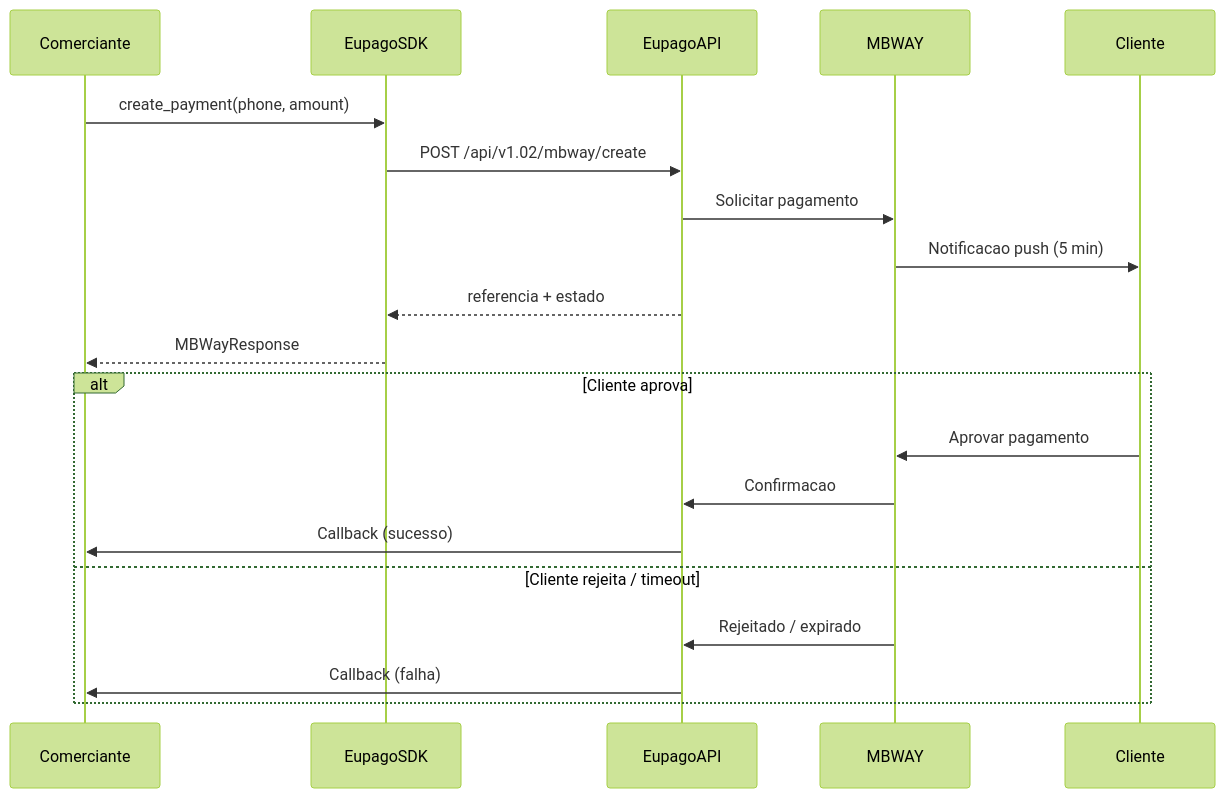
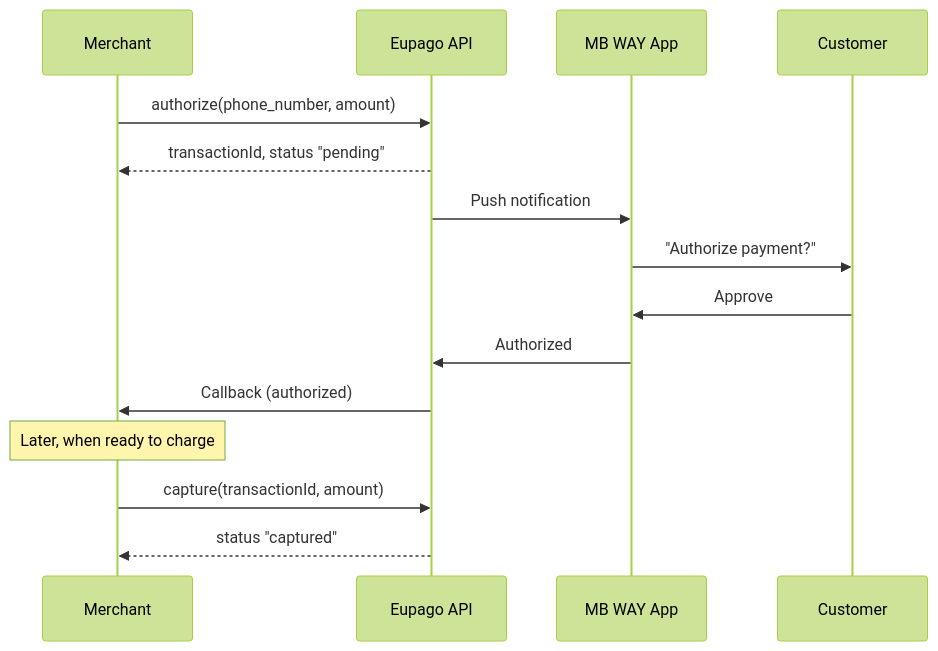
Before and after one commit to bilouro/eupago-python: the second of 2 diagrams in docs/payments/mbway.md, drawn with Mermaid (forest theme). The commit also changed other lines of this file and 50 other files, not shown here.

````diff
--- a/docs/payments/mbway.md
+++ b/docs/payments/mbway.md
@@ -13,24 +36,18 @@
 ```mermaid
 sequenceDiagram
-    participant Comerciante
-    participant EupagoSDK
-    participant EupagoAPI
-    participant MBWAY
-    participant Cliente
+    participant Merchant
+    participant EupagoAPI as Eupago API
+    participant MBWAYApp as MB WAY App
+    participant Customer
 
-    Comerciante->>EupagoSDK: create_payment(phone, amount)
-    EupagoSDK->>EupagoAPI: POST /api/v1.02/mbway/create
-    EupagoAPI->>MBWAY: Solicitar pagamento
-    MBWAY->>Cliente: Notificacao push (5 min)
-    EupagoAPI-->>EupagoSDK: referencia + estado
-    EupagoSDK-->>Comerciante: MBWayResponse
-
-    alt Cliente aprova
-        Cliente->>MBWAY: Aprovar pagamento
-        MBWAY->>EupagoAPI: Confirmacao
-        EupagoAPI->>Comerciante: Callback (sucesso)
-    else Cliente rejeita / timeout
-        MBWAY->>EupagoAPI: Rejeitado / expirado
-        EupagoAPI->>Comerciante: Callback (falha)
-    end
+    Merchant->>EupagoAPI: authorize(phone_number, amount)
+    EupagoAPI-->>Merchant: transactionId, status "pending"
+    EupagoAPI->>MBWAYApp: Push notification
+    MBWAYApp->>Customer: "Authorize payment?"
+    Customer->>MBWAYApp: Approve
+    MBWAYApp->>EupagoAPI: Authorized
+    EupagoAPI->>Merchant: Callback (authorized)
+    Note over Merchant: Later, when ready to charge
+    Merchant->>EupagoAPI: capture(transactionId, amount)
+    EupagoAPI-->>Merchant: status "captured"
 ```
````
